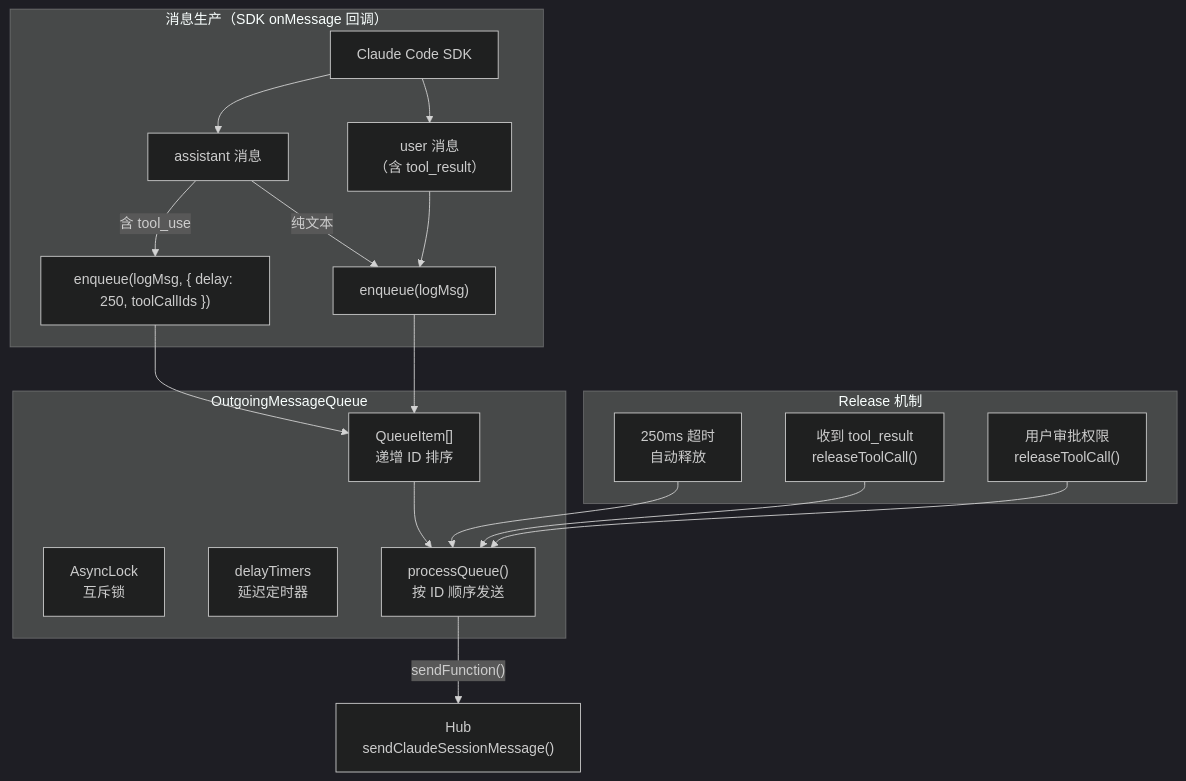
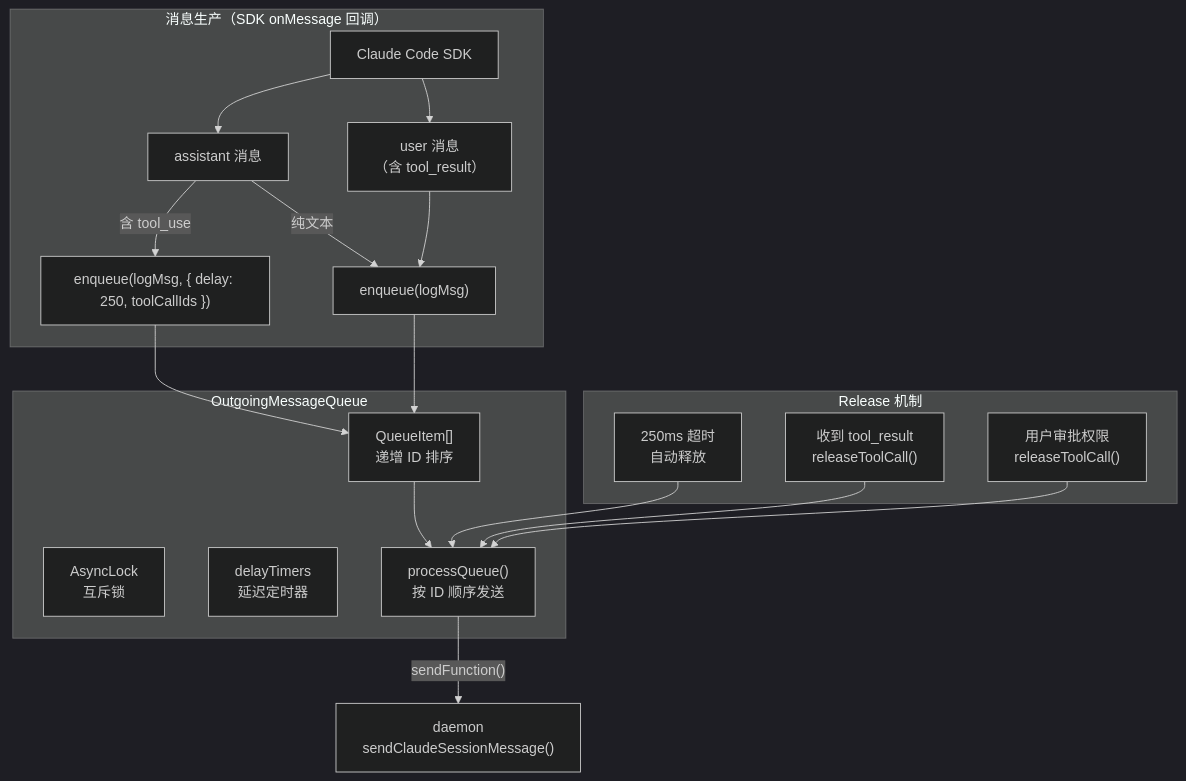
The first of 5 diagrams in docs/architecture/cli/commands/claude/outgoing-message-queue.md (ModuBit/mobi), drawn with Mermaid (dark theme) before and after one commit. The commit also changed other lines of this file and 86 other files, not shown here.

````diff
--- a/docs/architecture/cli/commands/claude/outgoing-message-queue.md
+++ b/docs/architecture/cli/commands/claude/outgoing-message-queue.md
@@ -19,32 +19,32 @@
 ```mermaid
 flowchart TB
     subgraph 生产者["消息生产（SDK onMessage 回调）"]
         SDK["Claude Code SDK"] --> Assistant["assistant 消息"]
         SDK --> User["user 消息<br/>（含 tool_result）"]
         Assistant -->|"含 tool_use"| Delayed["enqueue(logMsg, { delay: 250, toolCallIds })"]
         Assistant -->|"纯文本"| Normal["enqueue(logMsg)"]
         User --> Normal
     end
 
     subgraph Queue["OutgoingMessageQueue"]
         Lock["AsyncLock<br/>互斥锁"]
         Items["QueueItem[]<br/>递增 ID 排序"]
         Timers["delayTimers<br/>延迟定时器"]
         Process["processQueue()<br/>按 ID 顺序发送"]
     end
 
     subgraph 释放触发["Release 机制"]
         Timeout["250ms 超时<br/>自动释放"]
         ToolResult["收到 tool_result<br/>releaseToolCall()"]
         Permission["用户审批权限<br/>releaseToolCall()"]
     end
 
     Delayed --> Items
     Normal --> Items
     Items --> Process
     Timeout --> Process
     ToolResult --> Process
     Permission --> Process
 
-    Process -->|"sendFunction()"| Hub["Hub<br/>sendClaudeSessionMessage()"]
+    Process -->|"sendFunction()"| daemon["daemon<br/>sendClaudeSessionMessage()"]
 ```
````
